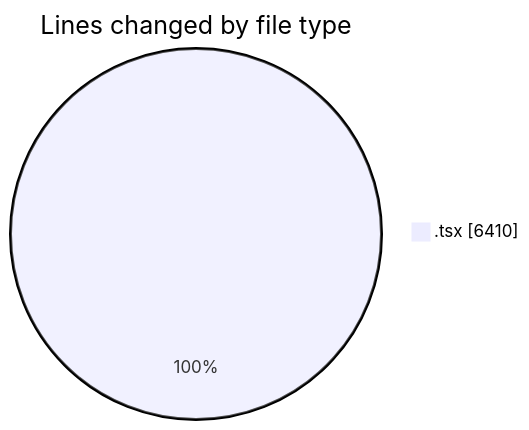
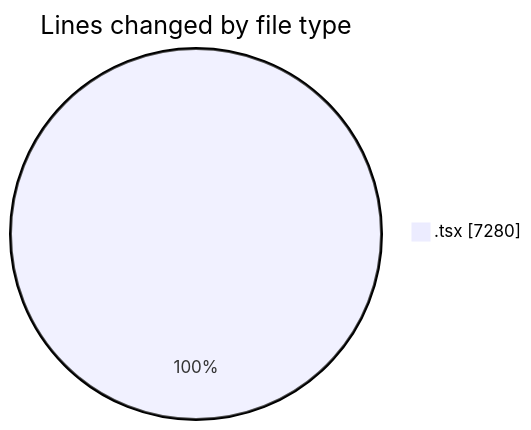
Before and after one commit to momahboobian/code-tracking: the first of 2 diagrams in 2025-12-04/cda/README.md, drawn with Mermaid. The commit also changed other lines of this file and 1 other file, not shown here.

````diff
--- a/2025-12-04/cda/README.md
+++ b/2025-12-04/cda/README.md
@@ -24,5 +27,5 @@
 ```mermaid
 pie showData
 title Lines changed by file type
-".tsx" : 6410
+".tsx" : 7280
 ```
````
